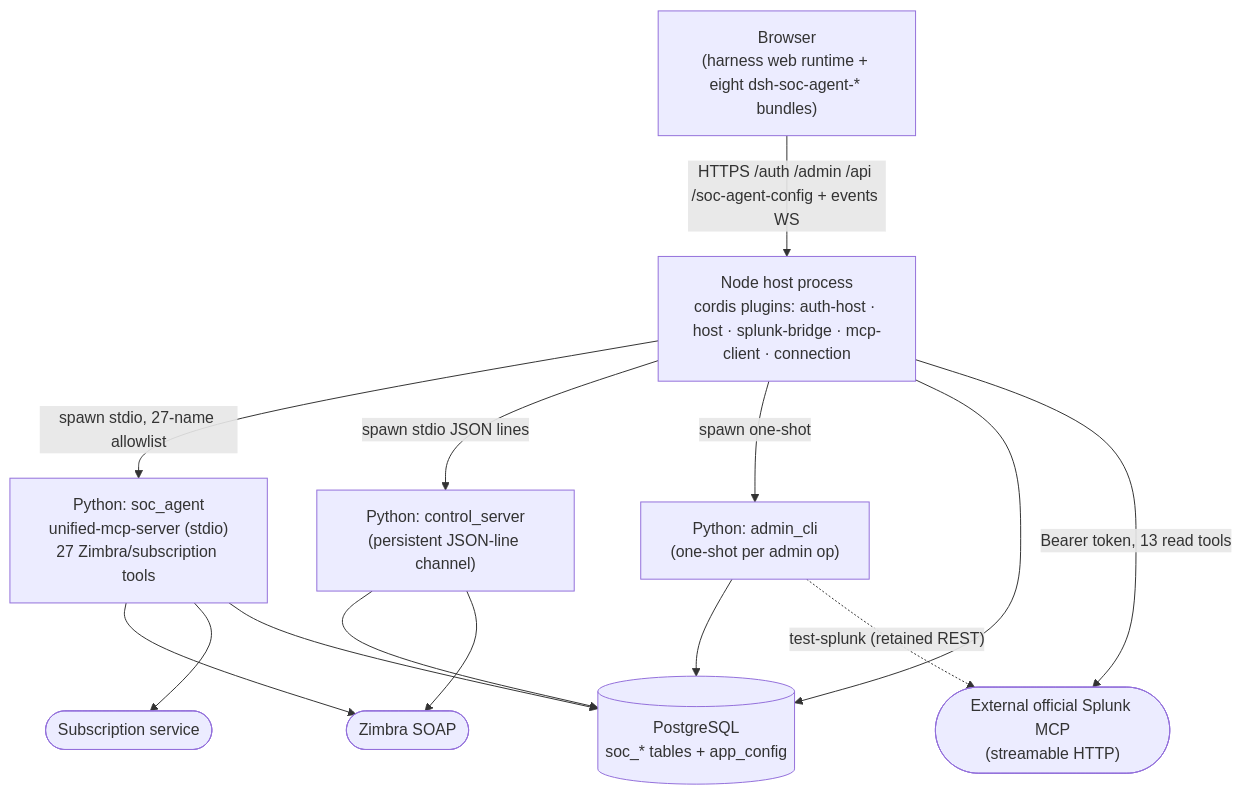
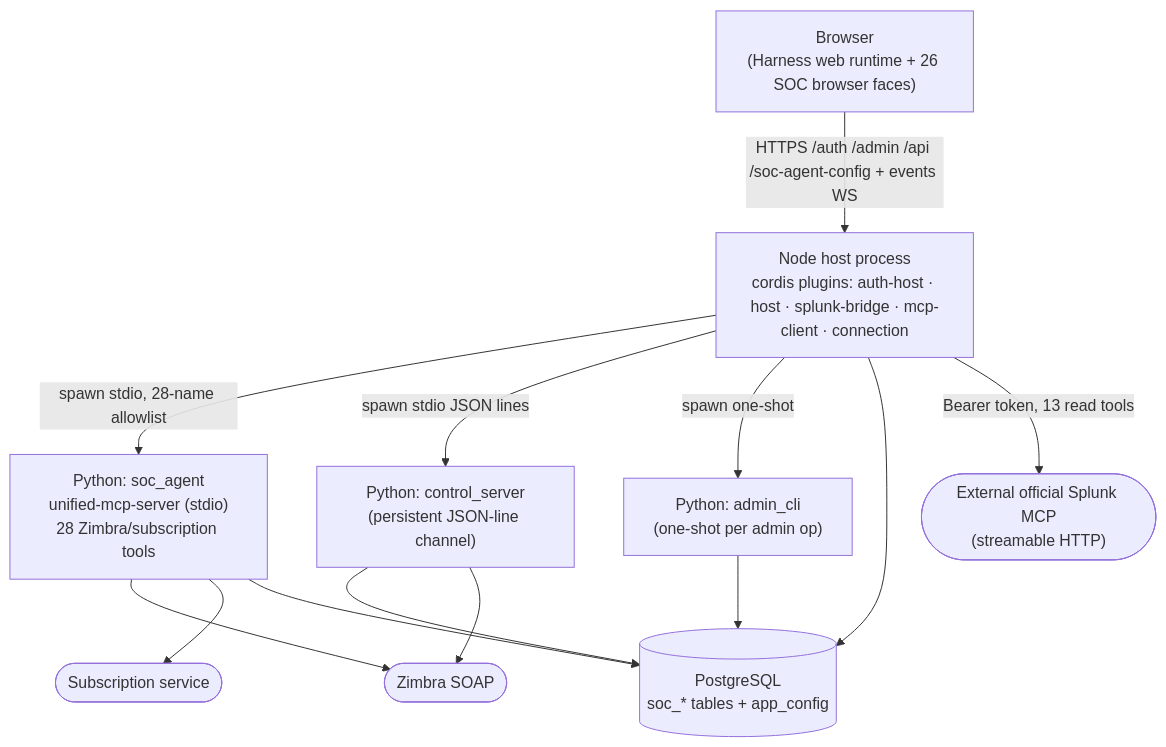
One commit to Benchan691/CITIC_AGENT changed the diagram in docs/diagrams/runtime-containers.mmd. Above: the diagram before and after it, drawn with Mermaid. The commit also changed 74 other files, not shown here.

```diff
--- a/docs/diagrams/runtime-containers.mmd
+++ b/docs/diagrams/runtime-containers.mmd
@@ -1,25 +1,24 @@
 %% Runtime containers — process topology (verified against 56c8dd2)
 flowchart TB
-    browser["Browser<br/>(harness web runtime + eight dsh-soc-agent-* bundles)"]
+    browser["Browser<br/>(Harness web runtime + 26 SOC browser faces)"]
     host["Node host process<br/>cordis plugins: auth-host · host · splunk-bridge · mcp-client · connection"]
-    pyagent["Python: soc_agent<br/>unified-mcp-server (stdio)<br/>27 Zimbra/subscription tools"]
+    pyagent["Python: soc_agent<br/>unified-mcp-server (stdio)<br/>28 Zimbra/subscription tools"]
     control["Python: control_server<br/>(persistent JSON-line channel)"]
     admincli["Python: admin_cli<br/>(one-shot per admin op)"]
     pg[("PostgreSQL<br/>soc_* tables + app_config")]
     zimbra(["Zimbra SOAP"])
     splunk(["External official Splunk MCP<br/>(streamable HTTP)"])
     subs(["Subscription service"])
 
     browser -->|"HTTPS /auth /admin /api /soc-agent-config + events WS"| host
-    host -->|"spawn stdio, 27-name allowlist"| pyagent
+    host -->|"spawn stdio, 28-name allowlist"| pyagent
     host -->|"spawn stdio JSON lines"| control
     host -->|"spawn one-shot"| admincli
     host --> pg
     pyagent --> zimbra
     pyagent --> subs
     pyagent --> pg
     control --> pg
     control --> zimbra
     admincli --> pg
     host -->|"Bearer token, 13 read tools"| splunk
-    admincli -.->|"test-splunk (retained REST)"| splunk
```
